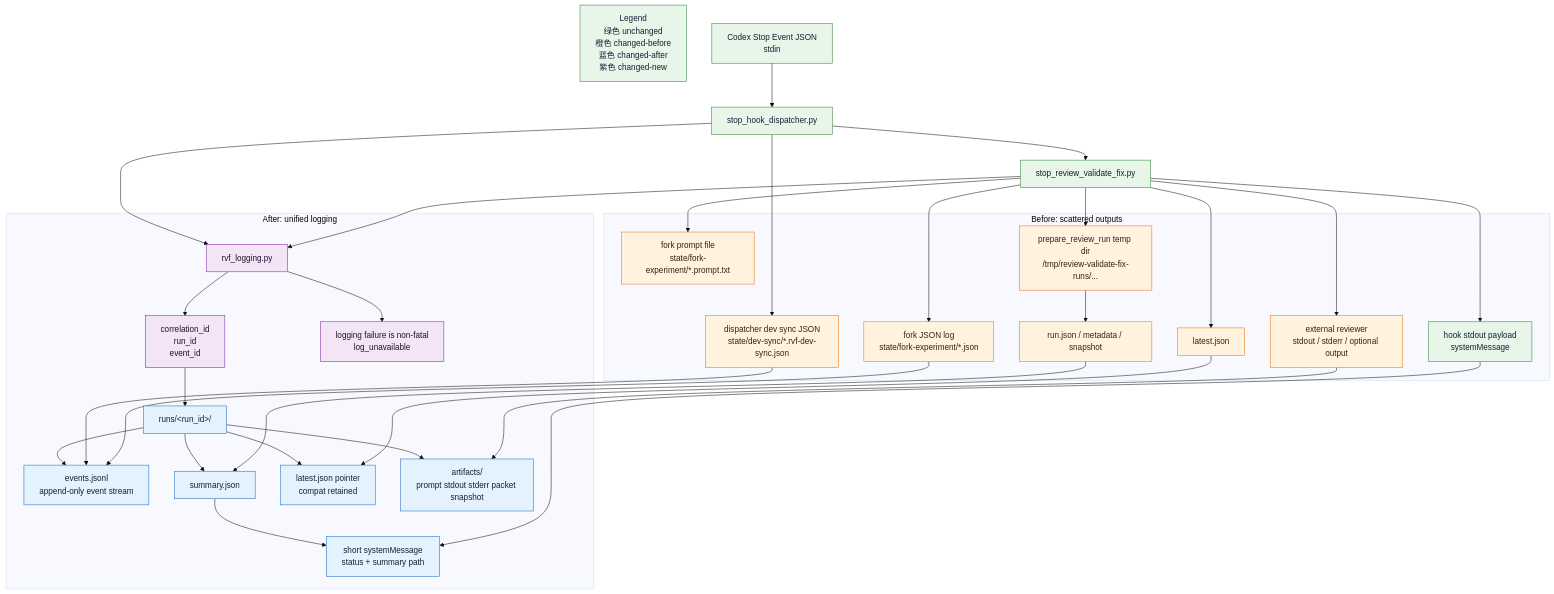
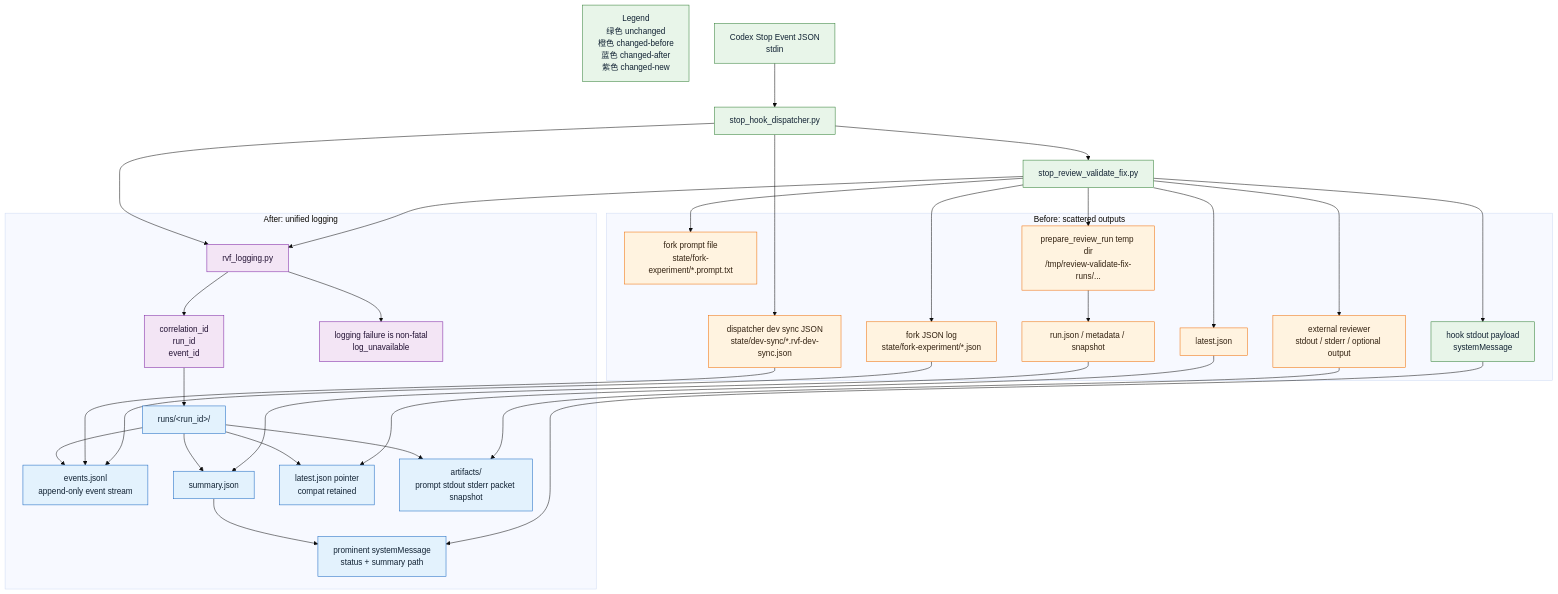
Before and after one commit to RealmX1/review-validate-fix: the diagram in docs/logging-overhaul.md, drawn with Mermaid (base theme). The commit also changed other lines of this file and 5 other files, not shown here.

````diff
--- a/docs/logging-overhaul.md
+++ b/docs/logging-overhaul.md
@@ -58,66 +58,66 @@
 ```mermaid
 flowchart TD
   Legend["Legend<br/>绿色 unchanged<br/>橙色 changed-before<br/>蓝色 changed-after<br/>紫色 changed-new"]:::unchanged
 
   Event["Codex Stop Event JSON<br/>stdin"]:::unchanged
   Dispatcher["stop_hook_dispatcher.py"]:::unchanged
   Hook["stop_review_validate_fix.py"]:::unchanged
 
   Event --> Dispatcher
   Dispatcher --> Hook
 
   subgraph Before["Before: scattered outputs"]
     BeforeDevSync["dispatcher dev sync JSON<br/>state/dev-sync/*.rvf-dev-sync.json"]:::changedBefore
     BeforeSystem["hook stdout payload<br/>systemMessage"]:::unchanged
     BeforePrompt["fork prompt file<br/>state/fork-experiment/*.prompt.txt"]:::changedBefore
     BeforeForkJson["fork JSON log<br/>state/fork-experiment/*.json"]:::changedBefore
     BeforeLatest["latest.json"]:::changedBefore
     BeforeRunDir["prepare_review_run temp dir<br/>/tmp/review-validate-fix-runs/..."]:::changedBefore
     BeforeRunJson["run.json / metadata / snapshot"]:::changedBefore
     BeforeReviewer["external reviewer<br/>stdout / stderr / optional output"]:::changedBefore
   end
 
   subgraph After["After: unified logging"]
     NewHelper["rvf_logging.py"]:::changedNew
     NewIds["correlation_id<br/>run_id<br/>event_id"]:::changedNew
     AfterRunDir["runs/&lt;run_id&gt;/"]:::changedAfter
     AfterEvents["events.jsonl<br/>append-only event stream"]:::changedAfter
     AfterSummary["summary.json"]:::changedAfter
     AfterLatest["latest.json pointer<br/>compat retained"]:::changedAfter
     AfterArtifacts["artifacts/<br/>prompt stdout stderr packet snapshot"]:::changedAfter
-    AfterSystem["short systemMessage<br/>status + summary path"]:::changedAfter
+    AfterSystem["prominent systemMessage<br/>status + summary path"]:::changedAfter
     NewFailure["logging failure is non-fatal<br/>log_unavailable"]:::changedNew
   end
 
   Dispatcher --> BeforeDevSync
   Hook --> BeforeSystem
   Hook --> BeforePrompt
   Hook --> BeforeForkJson
   Hook --> BeforeLatest
   Hook --> BeforeRunDir
   BeforeRunDir --> BeforeRunJson
   Hook --> BeforeReviewer
 
   Dispatcher --> NewHelper
   Hook --> NewHelper
   NewHelper --> NewIds
   NewIds --> AfterRunDir
   AfterRunDir --> AfterEvents
   AfterRunDir --> AfterSummary
   AfterRunDir --> AfterLatest
   AfterRunDir --> AfterArtifacts
   AfterSummary --> AfterSystem
   NewHelper --> NewFailure
 
   BeforeDevSync --> AfterEvents
   BeforeForkJson --> AfterEvents
   BeforeLatest --> AfterLatest
   BeforeRunJson --> AfterSummary
   BeforeReviewer --> AfterArtifacts
   BeforeSystem --> AfterSystem
 
   classDef unchanged fill:#E8F5E9,stroke:#2E7D32,color:#123;
   classDef changedBefore fill:#FFF3E0,stroke:#EF6C00,color:#321;
   classDef changedAfter fill:#E3F2FD,stroke:#1565C0,color:#123;
   classDef changedNew fill:#F3E5F5,stroke:#7B1FA2,color:#213;
 ```
````
